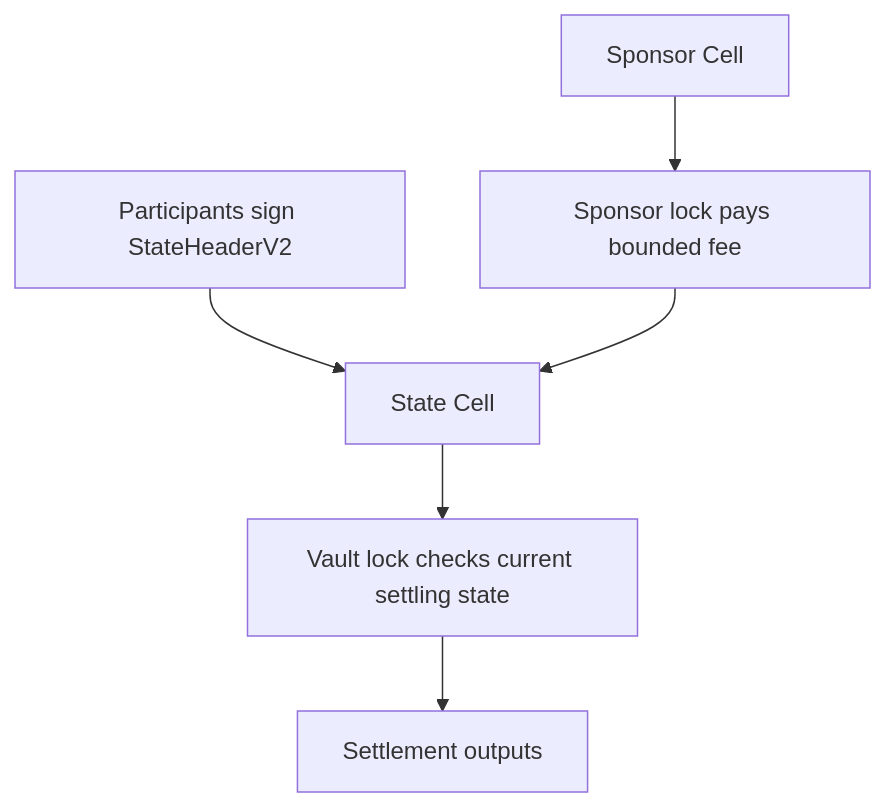
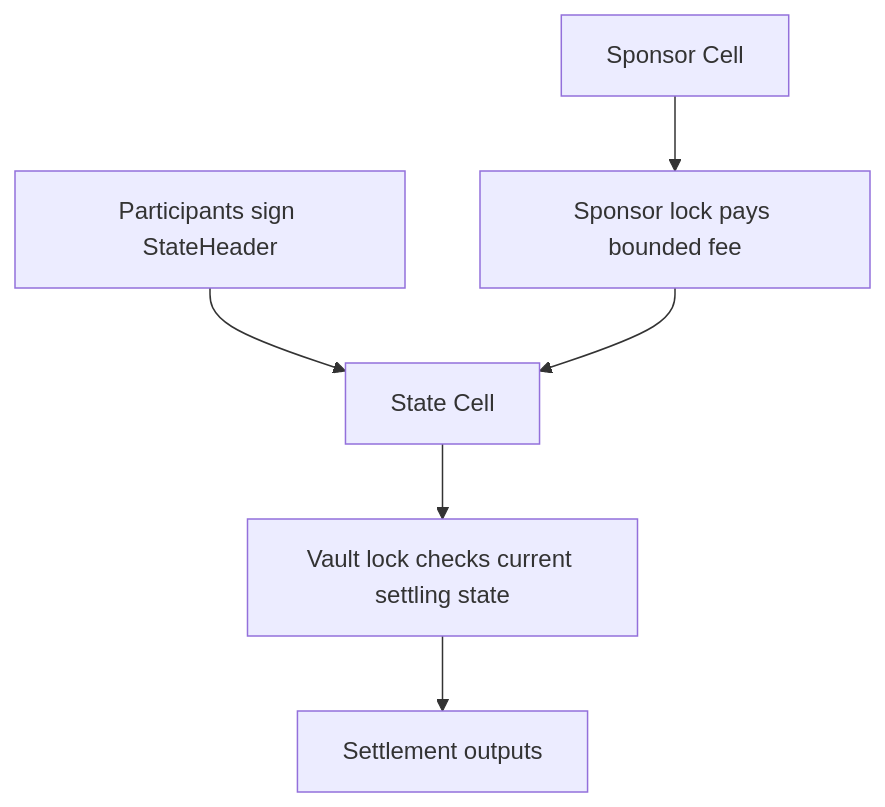
One commit to a19q3/Morph changed the second of 6 diagrams in docs/implementation.md. Above: the diagram before and after it, drawn with Mermaid. The commit also changed other lines of this file and 46 other files, not shown here.

````diff
--- a/docs/implementation.md
+++ b/docs/implementation.md
@@ -33,8 +33,8 @@
 ```mermaid
 flowchart TB
-    A["Participants sign StateHeaderV2"] --> B["State Cell"]
+    A["Participants sign StateHeader"] --> B["State Cell"]
     B --> C["Vault lock checks current settling state"]
     D["Sponsor Cell"] --> E["Sponsor lock pays bounded fee"]
     E --> B
     C --> F["Settlement outputs"]
 ```
````
